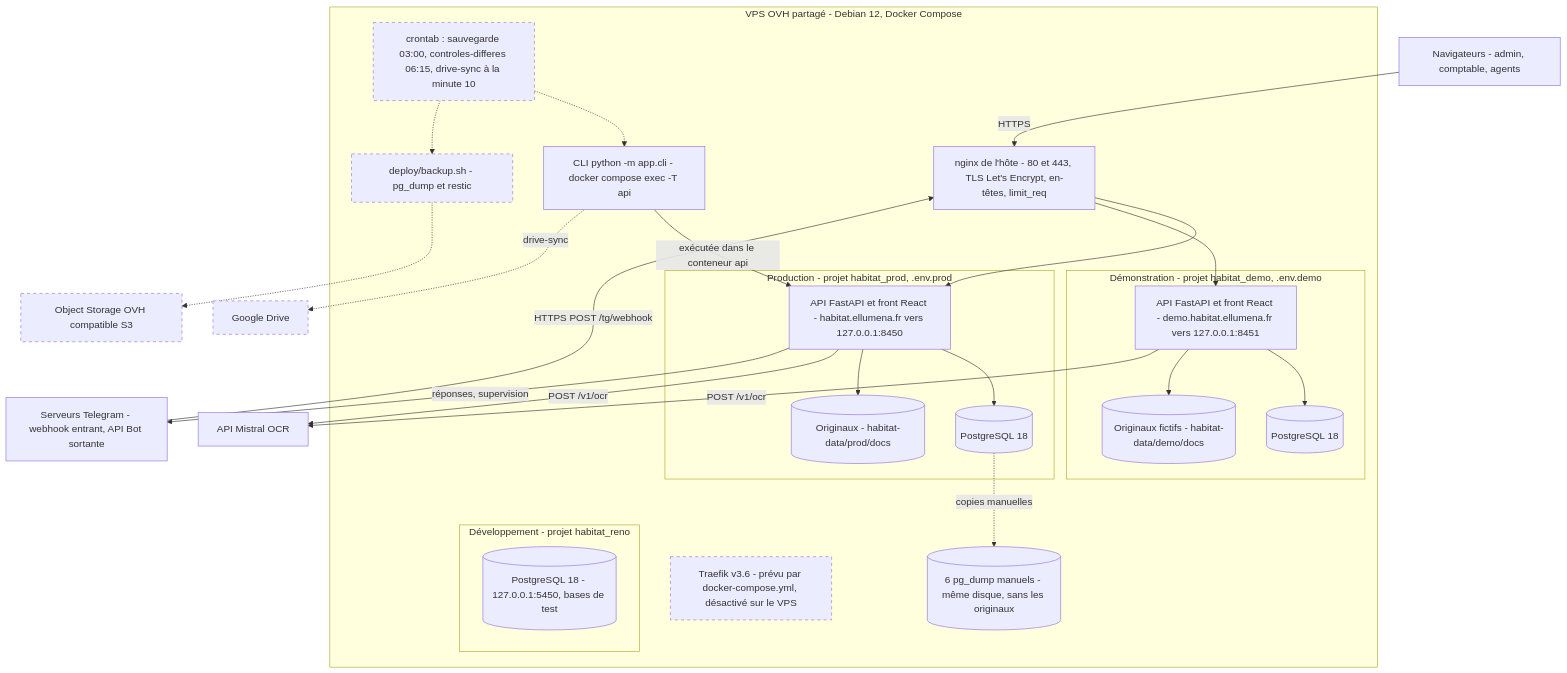
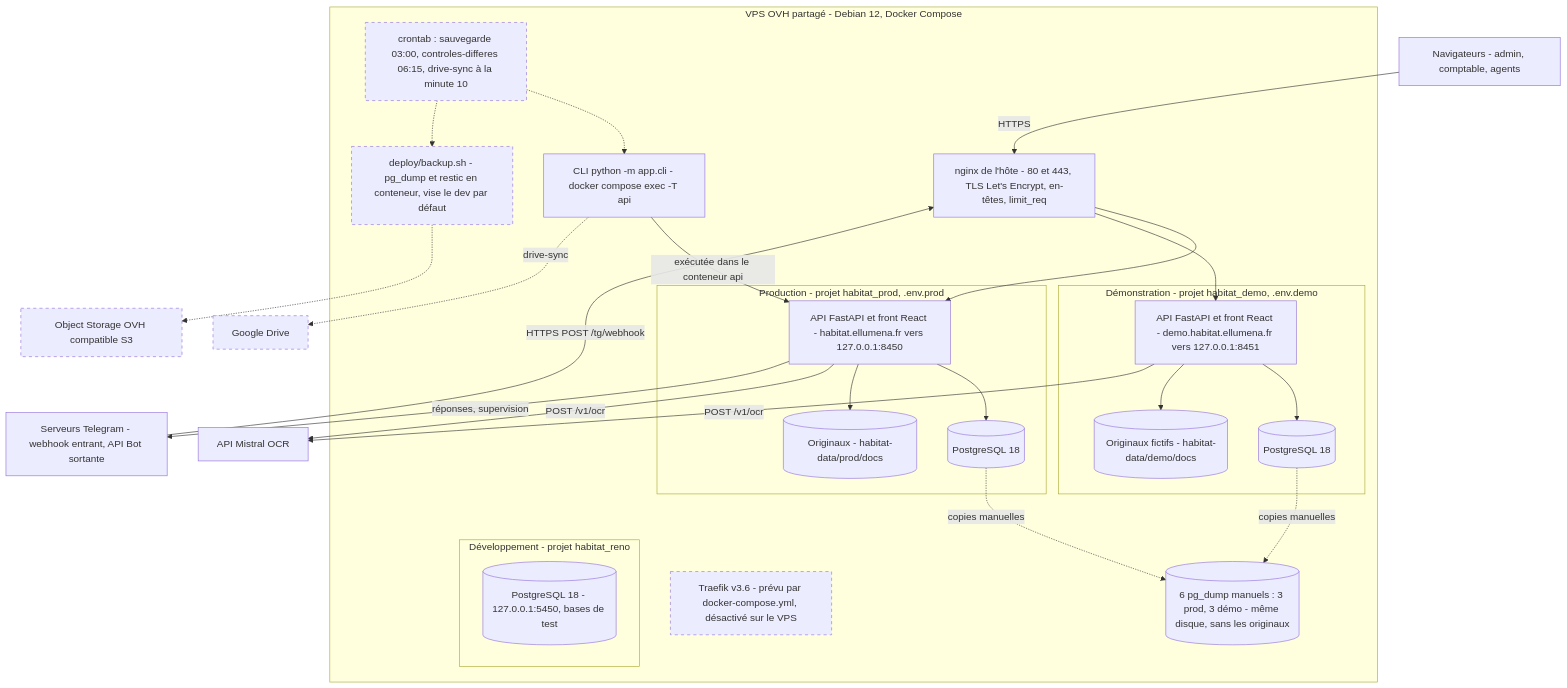
One commit to Asuura666/habitat-renovation changed the second of 14 diagrams in ARCHITECTURE.md. Above: the diagram before and after it, drawn with Mermaid. The commit also changed other lines of this file, not shown here.

First line of the commit message:
docs: ARCHITECTURE.md — corrections de vérification

````diff
--- a/ARCHITECTURE.md
+++ b/ARCHITECTURE.md
@@ -77,56 +77,57 @@
 ```mermaid
 flowchart TB
   navigateur["Navigateurs - admin, comptable, agents"]
   serveurs_tg["Serveurs Telegram - webhook entrant, API Bot sortante"]
 
   subgraph vps["VPS OVH partagé - Debian 12, Docker Compose"]
     nginx["nginx de l'hôte - 80 et 443, TLS Let's Encrypt, en-têtes, limit_req"]
     traefik["Traefik v3.6 - prévu par docker-compose.yml, désactivé sur le VPS"]
 
     subgraph inst_prod["Production - projet habitat_prod, .env.prod"]
       api_prod["API FastAPI et front React - habitat.ellumena.fr vers 127.0.0.1:8450"]
       pg_prod[("PostgreSQL 18")]
       docs_prod[("Originaux - habitat-data/prod/docs")]
     end
 
     subgraph inst_demo["Démonstration - projet habitat_demo, .env.demo"]
       api_demo["API FastAPI et front React - demo.habitat.ellumena.fr vers 127.0.0.1:8451"]
       pg_demo[("PostgreSQL 18")]
       docs_demo[("Originaux fictifs - habitat-data/demo/docs")]
     end
 
     subgraph inst_dev["Développement - projet habitat_reno"]
       pg_dev[("PostgreSQL 18 - 127.0.0.1:5450, bases de test")]
     end
 
     cli["CLI python -m app.cli - docker compose exec -T api"]
     cron["crontab : sauvegarde 03:00, controles-differes 06:15, drive-sync à la minute 10"]
-    backup["deploy/backup.sh - pg_dump et restic"]
-    dumps[("6 pg_dump manuels - même disque, sans les originaux")]
+    backup["deploy/backup.sh - pg_dump et restic en conteneur, vise le dev par défaut"]
+    dumps[("6 pg_dump manuels : 3 prod, 3 démo - même disque, sans les originaux")]
   end
 
   mistral["API Mistral OCR"]
   drive["Google Drive"]
   s3["Object Storage OVH compatible S3"]
 
   navigateur -->|"HTTPS"| nginx
   serveurs_tg -->|"HTTPS POST /tg/webhook"| nginx
   nginx --> api_prod
   nginx --> api_demo
   api_prod --> pg_prod
   api_prod --> docs_prod
   api_demo --> pg_demo
   api_demo --> docs_demo
   api_prod -->|"POST /v1/ocr"| mistral
   api_demo -->|"POST /v1/ocr"| mistral
   api_prod -->|"réponses, supervision"| serveurs_tg
   cli -->|"exécutée dans le conteneur api"| api_prod
   cron -.-> cli
   cron -.-> backup
   backup -.-> s3
   cli -.->|"drive-sync"| drive
   pg_prod -.->|"copies manuelles"| dumps
+  pg_demo -.->|"copies manuelles"| dumps
 
   classDef prevu stroke-dasharray: 5 5
   class traefik,cron,backup,s3,drive prevu
 ```
````
